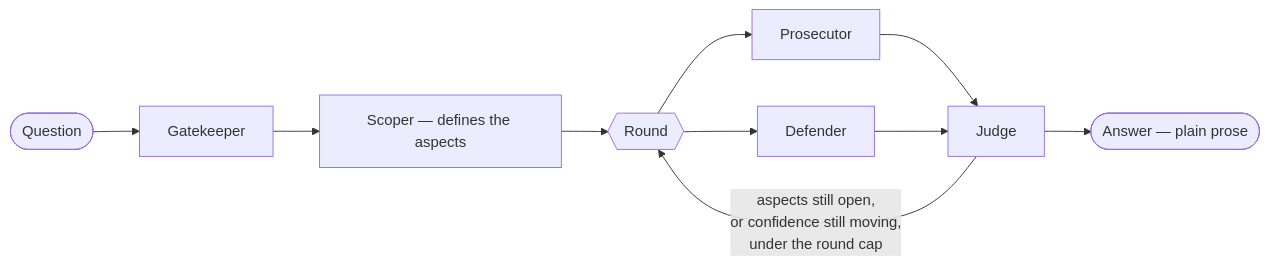
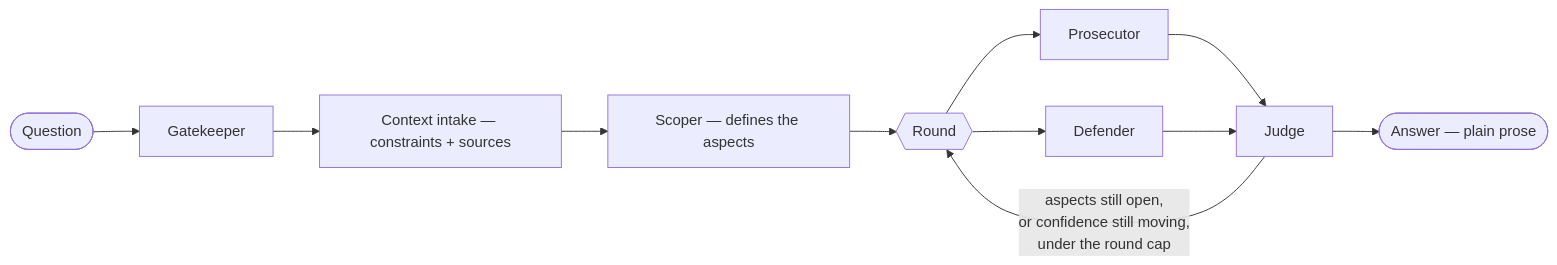
One commit to Tomsalvador/courteval changed the second of 2 diagrams in README.md. Above: the diagram before and after it, drawn with Mermaid. The commit also changed other lines of this file, not shown here.

First line of the commit message:
Update README for the Context intake step

````diff
--- a/README.md
+++ b/README.md
@@ -49,12 +50,13 @@
 ```mermaid
 flowchart LR
     Q([Question]) --> GK[Gatekeeper]
-    GK --> SC[Scoper — defines the aspects]
+    GK --> CI[Context intake — constraints + sources]
+    CI --> SC[Scoper — defines the aspects]
     SC --> RD{{Round}}
     RD --> PR[Prosecutor]
     RD --> DF[Defender]
     PR --> JD[Judge]
     DF --> JD
     JD -->|aspects still open,<br/>or confidence still moving,<br/>under the round cap| RD
     JD --> A([Answer — plain prose])
 ```
````
